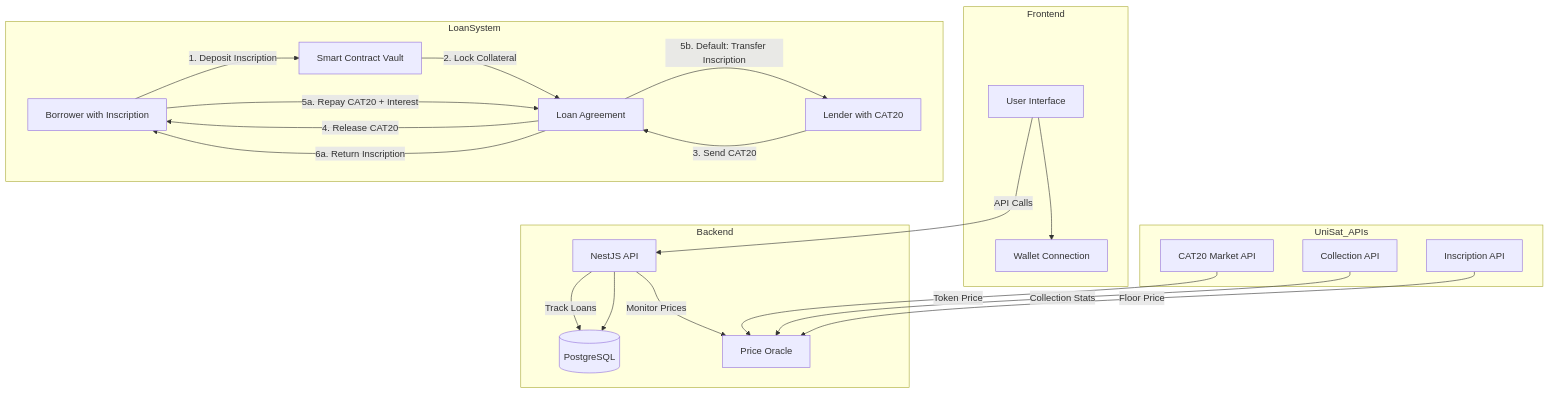
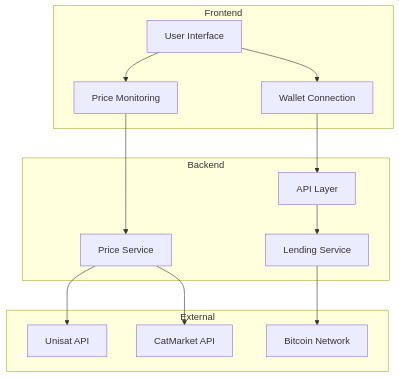
Before and after one commit to kamalbuilds/FractalLend: the diagram in README.md, drawn with Mermaid. The commit also changed other lines of this file and 3 other files, not shown here.

`````diff
--- a/README.md
+++ b/README.md
@@ -16,49 +49,29 @@
-````mermaid
-graph TB
+```mermaid
+graph TD
     subgraph Frontend
         UI[User Interface]
         WC[Wallet Connection]
-        UI --> WC
+        PM[Price Monitoring]
     end
 
     subgraph Backend
-        API[NestJS API]
-        DB[(PostgreSQL)]
-        PriceOracle[Price Oracle]
-        API --> DB
+        API[API Layer]
+        LS[Lending Service]
+        PS[Price Service]
     end
 
-    subgraph UniSat_APIs
-        InscriptionAPI[Inscription API]
-        CollectionAPI[Collection API]
-        CAT20API[CAT20 Market API]
+    subgraph External
+        UA[Unisat API]
+        CM[CatMarket API]
+        BC[Bitcoin Network]
     end
 
-    subgraph LoanSystem
-        Borrower[Borrower with Inscription]
-        Lender[Lender with CAT20]
-        Vault[Smart Contract Vault]
-        LoanContract[Loan Agreement]
-    end
-
-    %% Price Feeds
-    InscriptionAPI -->|Floor Price| PriceOracle
-    CollectionAPI -->|Collection Stats| PriceOracle
-    CAT20API -->|Token Price| PriceOracle
-
-    %% Loan Flow
-    Borrower -->|1. Deposit Inscription| Vault
-    Vault -->|2. Lock Collateral| LoanContract
-    Lender -->|3. Send CAT20| LoanContract
-    LoanContract -->|4. Release CAT20| Borrower
-    
-    %% Repayment/Liquidation
-    Borrower -->|5a. Repay CAT20 + Interest| LoanContract
-    LoanContract -->|6a. Return Inscription| Borrower
-    LoanContract -->|5b. Default: Transfer Inscription| Lender
-
-    %% System Integration
-    UI -->|API Calls| API
-    API -->|Monitor Prices| PriceOracle
-    API -->|Track Loans| DB
-````
+    UI --> WC
+    UI --> PM
+    WC --> API
+    PM --> PS
+    API --> LS
+    LS --> BC
+    PS --> UA
+    PS --> CM
+```
`````
